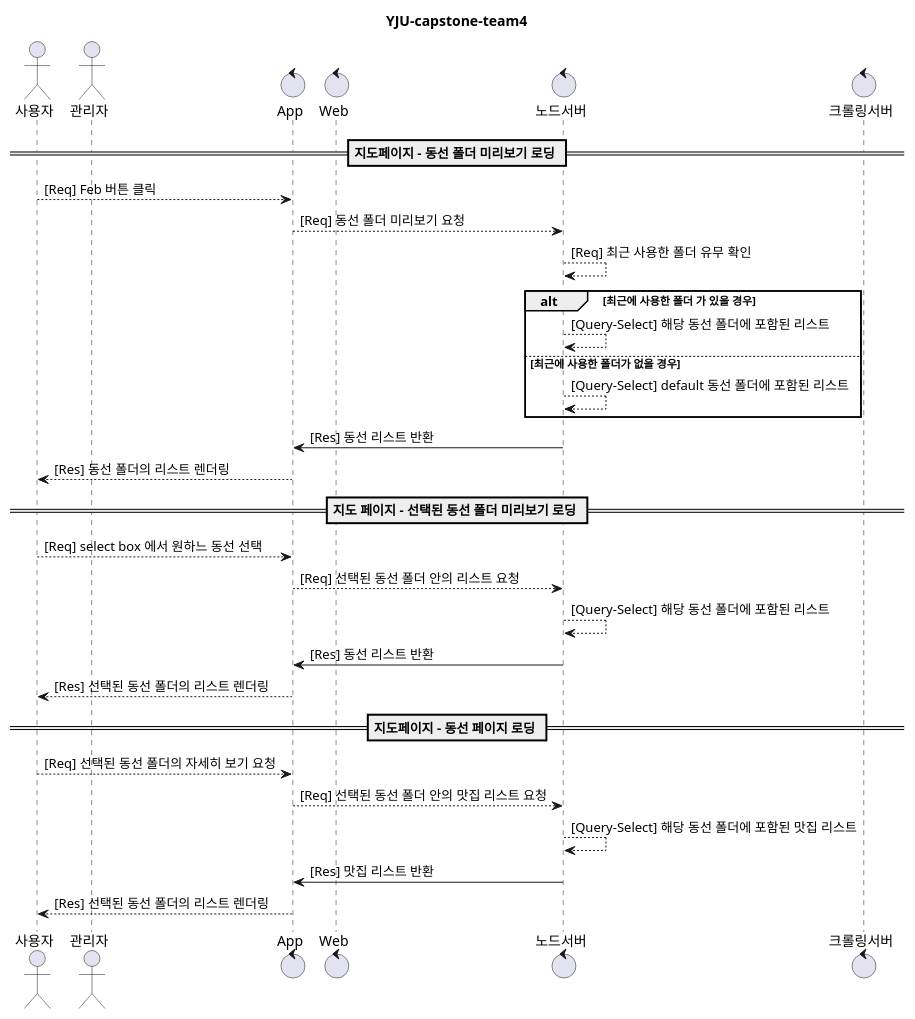
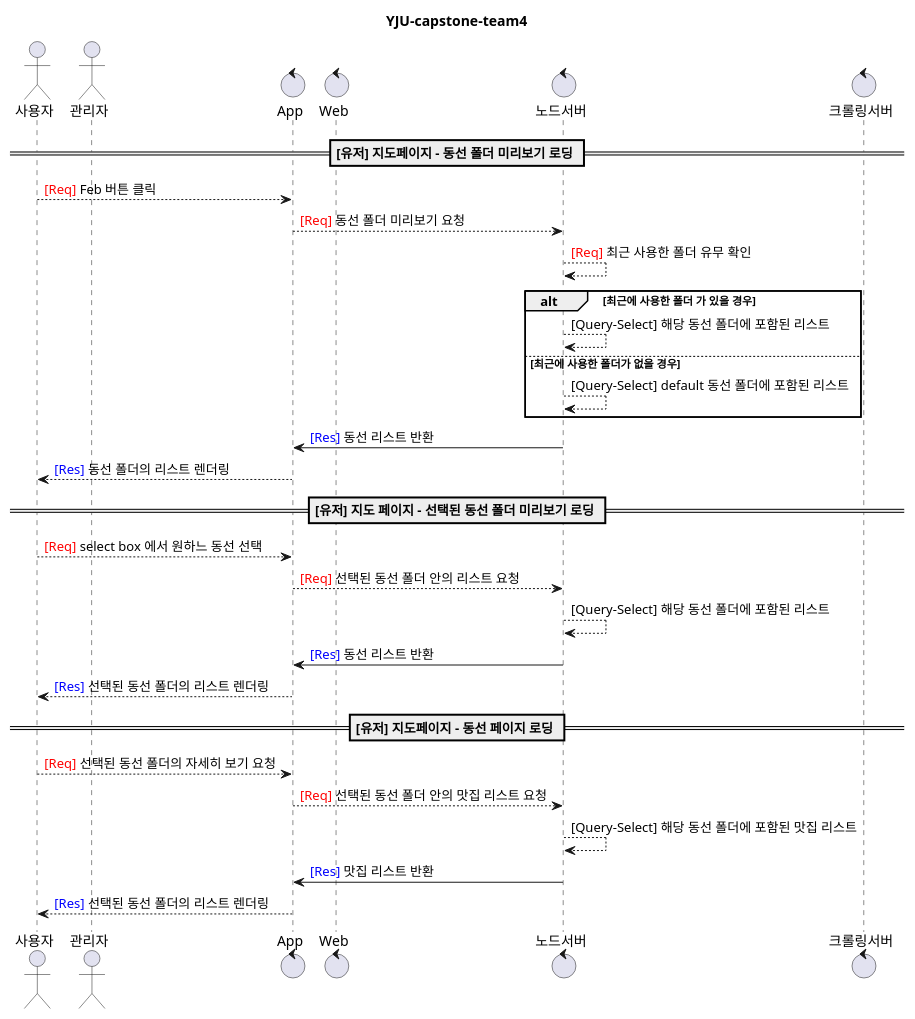
Before and after one commit to YJU-capstone-team4/Node.js-project-Server: the diagram in eight.wsd, drawn with PlantUML. The commit also changed 2 other files, not shown here.

Commit message:
Feature :: 시퀀스다이어그램 세번째 수정

```diff
--- a/eight.wsd
+++ b/eight.wsd
@@ -2,40 +2,40 @@
 @startuml
 
 title YJU-capstone-team4
 
 actor 사용자 as User
 actor 관리자 as Admin
 
 control App
 control Web
 control 노드서버 as Node
 control 크롤링서버 as Lamda
 
-== 지도페이지 - 동선 폴더 미리보기 로딩 ==
-User --> App : [Req] Feb 버튼 클릭
-App --> Node : [Req] 동선 폴더 미리보기 요청
-    Node --> Node : [Req] 최근 사용한 폴더 유무 확인
+== [유저] 지도페이지 - 동선 폴더 미리보기 로딩 ==
+User --> App : <font color=red>[Req]</font> Feb 버튼 클릭
+App --> Node : <font color=red>[Req]</font> 동선 폴더 미리보기 요청
+    Node --> Node : <font color=red>[Req]</font> 최근 사용한 폴더 유무 확인
     alt 최근에 사용한 폴더 가 있을 경우
         Node --> Node : [Query-Select] 해당 동선 폴더에 포함된 리스트
     else 최근에 사용한 폴더가 없을 경우
         Node --> Node : [Query-Select] default 동선 폴더에 포함된 리스트
     end
-Node -> App : [Res] 동선 리스트 반환
-App --> User : [Res] 동선 폴더의 리스트 렌더링
+Node -> App : <font color=blue>[Res]</font> 동선 리스트 반환
+App --> User : <font color=blue>[Res]</font> 동선 폴더의 리스트 렌더링
 
 
-== 지도 페이지 - 선택된 동선 폴더 미리보기 로딩 ==
-User --> App : [Req] select box 에서 원하느 동선 선택
-App --> Node : [Req] 선택된 동선 폴더 안의 리스트 요청
+== [유저] 지도 페이지 - 선택된 동선 폴더 미리보기 로딩 ==
+User --> App : <font color=red>[Req]</font> select box 에서 원하느 동선 선택
+App --> Node : <font color=red>[Req]</font> 선택된 동선 폴더 안의 리스트 요청
     Node --> Node : [Query-Select] 해당 동선 폴더에 포함된 리스트
-Node -> App : [Res] 동선 리스트 반환
-App --> User : [Res] 선택된 동선 폴더의 리스트 렌더링
+Node -> App : <font color=blue>[Res]</font> 동선 리스트 반환
+App --> User : <font color=blue>[Res]</font> 선택된 동선 폴더의 리스트 렌더링
 
 
-== 지도페이지 - 동선 페이지 로딩 ==
-User --> App : [Req] 선택된 동선 폴더의 자세히 보기 요청
-App --> Node : [Req] 선택된 동선 폴더 안의 맛집 리스트 요청
+== [유저] 지도페이지 - 동선 페이지 로딩 ==
+User --> App : <font color=red>[Req]</font> 선택된 동선 폴더의 자세히 보기 요청
+App --> Node : <font color=red>[Req]</font> 선택된 동선 폴더 안의 맛집 리스트 요청
     Node --> Node : [Query-Select] 해당 동선 폴더에 포함된 맛집 리스트
-Node -> App : [Res] 맛집 리스트 반환
-App --> User : [Res] 선택된 동선 폴더의 리스트 렌더링
+Node -> App : <font color=blue>[Res]</font> 맛집 리스트 반환
+App --> User : <font color=blue>[Res]</font> 선택된 동선 폴더의 리스트 렌더링
 @enduml
```
